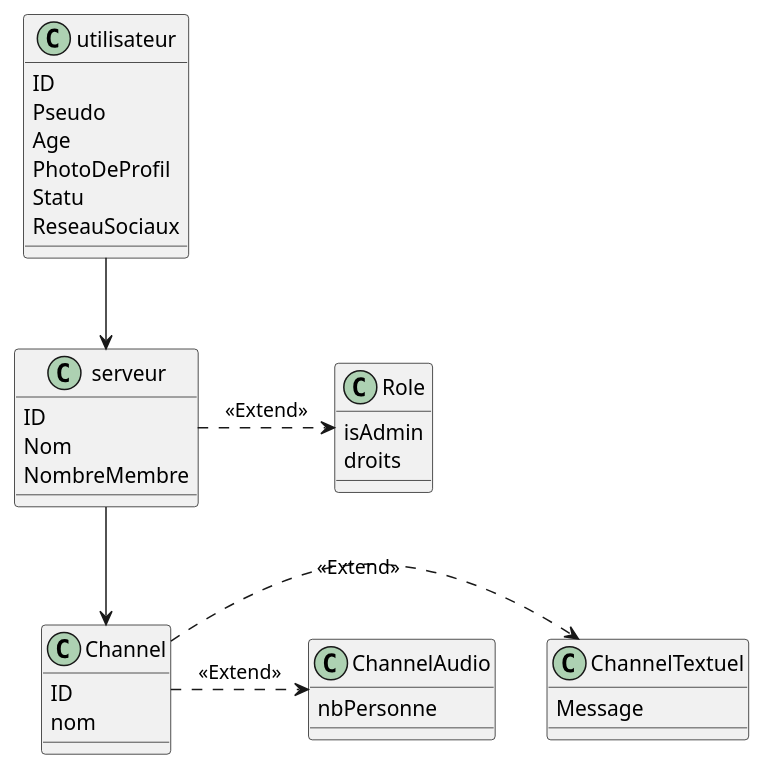
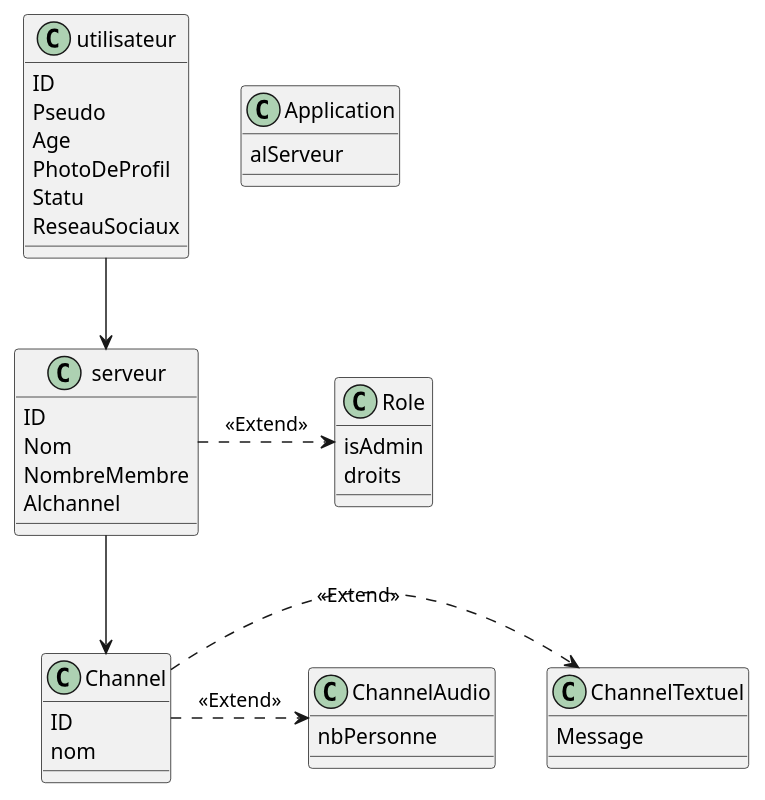
Before and after one commit to IUT-Blagnac/bcoo-retro2021-bcoo-retro2021-g16: the diagram in discord.plantuml, drawn with PlantUML.

```diff
--- a/discord.plantuml
+++ b/discord.plantuml
@@ -1,43 +1,47 @@
 @startuml
 
 class utilisateur {
   ID
   Pseudo 
   Age 
   PhotoDeProfil
   Statu
   ReseauSociaux
 }
 
 class serveur {
   ID
   Nom
   NombreMembre
+  Alchannel 
 }
 
 class Role {
   isAdmin
   droits
 }
 
 class Channel {
   ID
   nom
 }
 
 class ChannelAudio{
   nbPersonne
 }
 
 class ChannelTextuel{
   Message
 }
 
+class Application {
+ alServeur
+}
 
 utilisateur --> serveur
 serveur .> Role : <<Extend>>
 serveur --> Channel
 Channel .> ChannelTextuel : <<Extend>>
 Channel .> ChannelAudio : <<Extend>>
 
 @enduml
```
